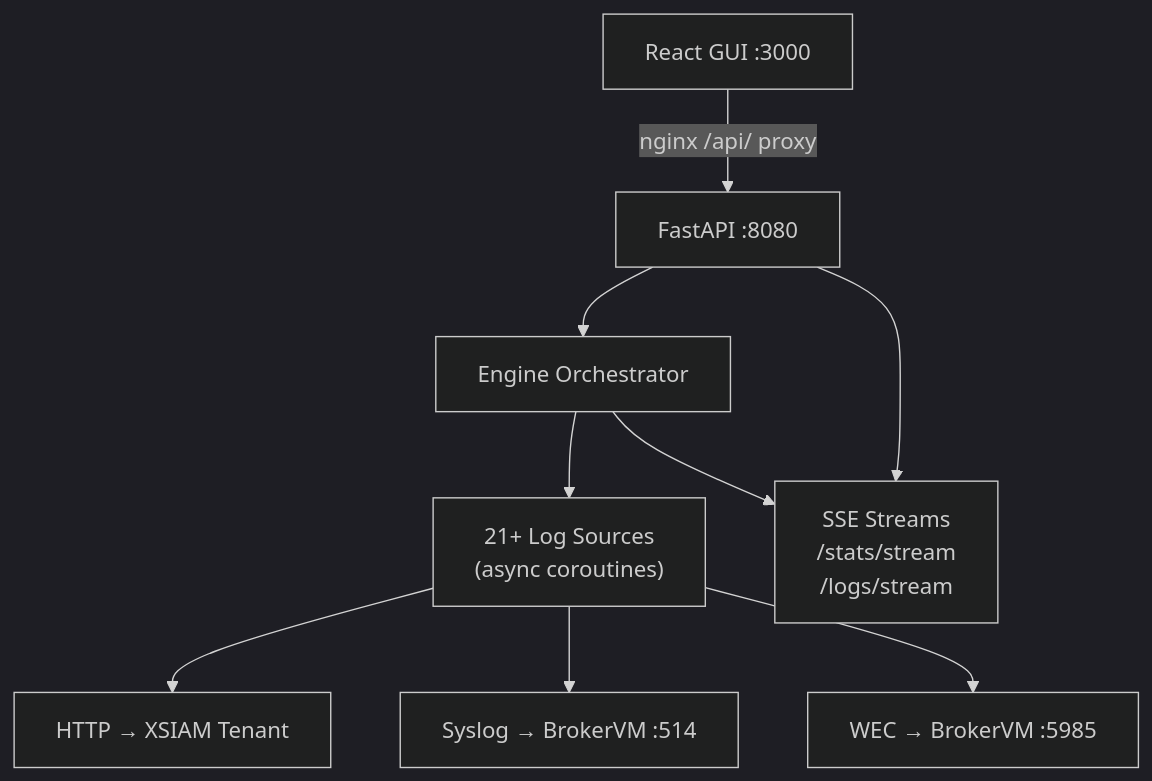
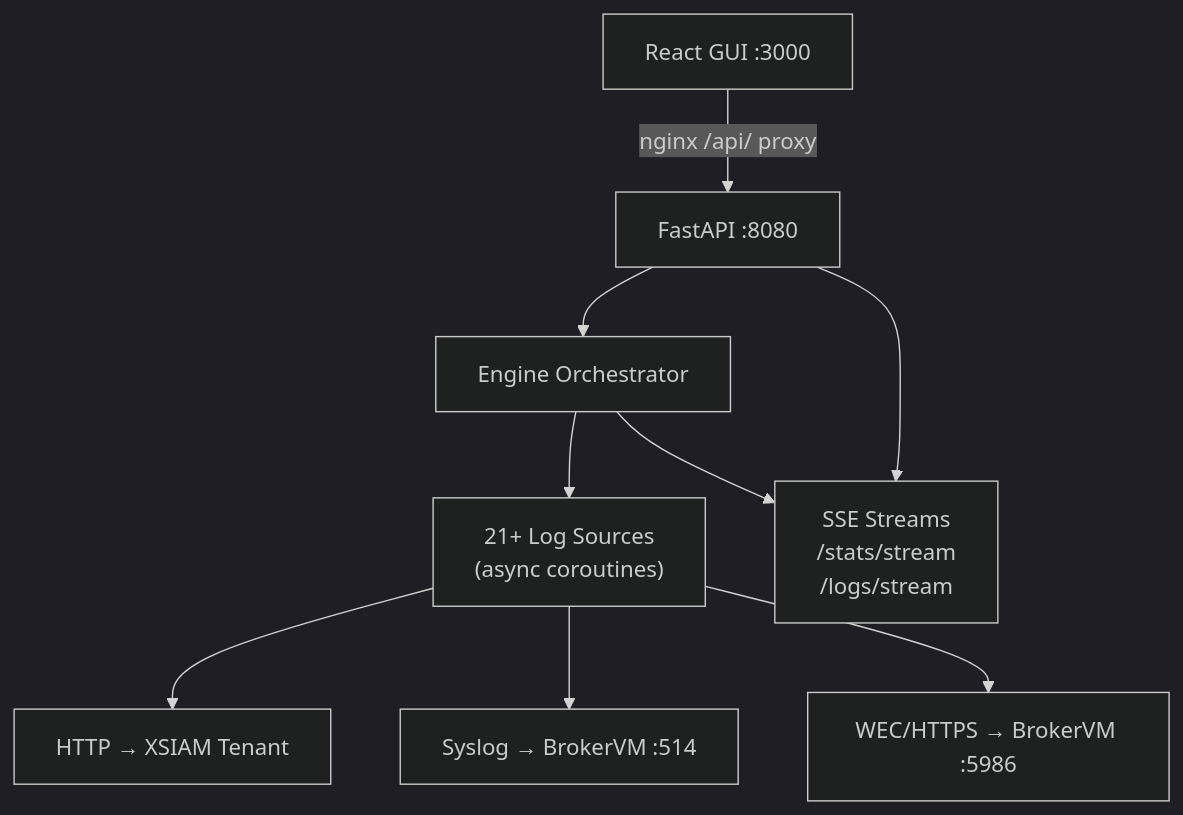
The diagram in README.md (jhueby/xsiam-log-engine), drawn with Mermaid (dark theme) before and after one commit. The commit also changed other lines of this file and 3 other files, not shown here.

````diff
--- a/README.md
+++ b/README.md
@@ -21,11 +21,11 @@
 ```mermaid
 graph TB
     GUI["React GUI :3000"] -->|nginx /api/ proxy| API["FastAPI :8080"]
     API --> Engine["Engine Orchestrator"]
     Engine --> Sources["21+ Log Sources\n(async coroutines)"]
     Sources --> HTTP["HTTP → XSIAM Tenant"]
     Sources --> Syslog["Syslog → BrokerVM :514"]
-    Sources --> WEC["WEC → BrokerVM :5985"]
+    Sources --> WEC["WEC/HTTPS → BrokerVM :5986"]
     Engine --> SSE["SSE Streams\n/stats/stream\n/logs/stream"]
     API --> SSE
 ```
````
